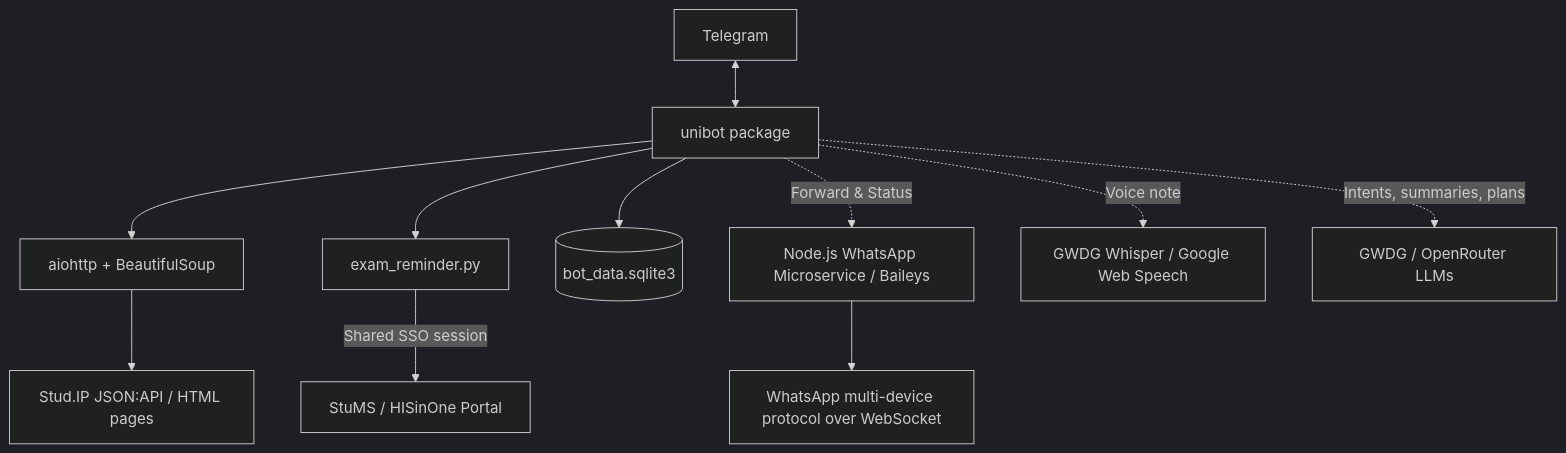
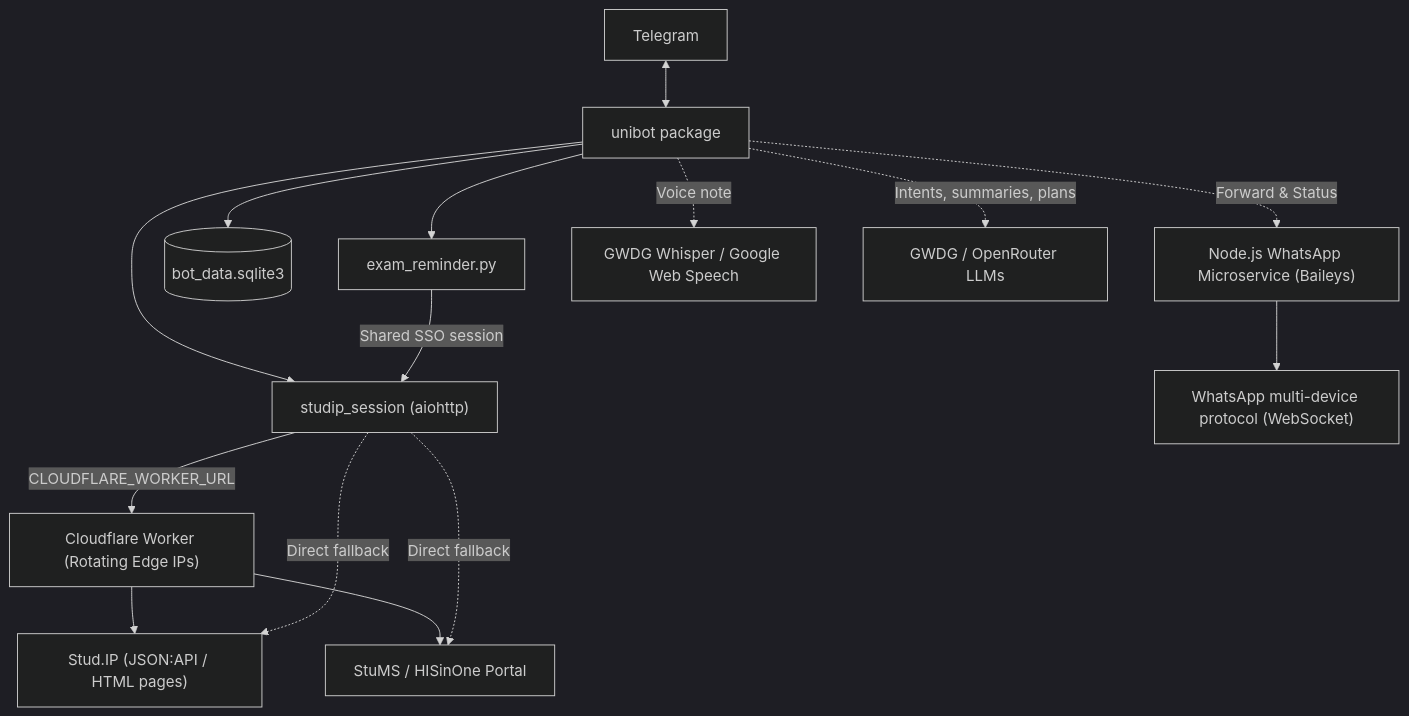
One commit to ofurkancoban/UniOldenburgStudyAssistantBot changed the diagram in README.md. Above: the diagram before and after it, drawn with Mermaid. The commit also changed other lines of this file, not shown here.

Commit message:
docs: update architecture diagram and Stud.IP section with Cloudflare Worker proxy

````diff
--- a/README.md
+++ b/README.md
@@ -256,14 +258,18 @@
 ```mermaid
 %%{init: {'theme': 'dark'}}%%
 graph TD
-    A[Telegram] <--> B[unibot package]
-    B --> C[aiohttp + BeautifulSoup]
-    C --> D[Stud.IP JSON:API / HTML pages]
-    B --> K[exam_reminder.py]
-    K -->|Shared SSO session| L[StuMS / HISinOne Portal]
-    B --> H[(bot_data.sqlite3)]
-    B -.->|Forward & Status| I[Node.js WhatsApp Microservice / Baileys]
-    I --> J[WhatsApp multi-device protocol over WebSocket]
-    B -.->|Voice note| M[GWDG Whisper / Google Web Speech]
-    B -.->|Intents, summaries, plans| N[GWDG / OpenRouter LLMs]
+    A["Telegram"] <--> B["unibot package"]
+    B --> C["studip_session (aiohttp)"]
+    B --> K["exam_reminder.py"]
+    K -->|Shared SSO session| C
+    C -->|CLOUDFLARE_WORKER_URL| W["Cloudflare Worker (Rotating Edge IPs)"]
+    W --> D["Stud.IP (JSON:API / HTML pages)"]
+    W --> L["StuMS / HISinOne Portal"]
+    C -.->|Direct fallback| D
+    C -.->|Direct fallback| L
+    B --> H[("bot_data.sqlite3")]
+    B -.->|Forward & Status| I["Node.js WhatsApp Microservice (Baileys)"]
+    I --> J["WhatsApp multi-device protocol (WebSocket)"]
+    B -.->|Voice note| M["GWDG Whisper / Google Web Speech"]
+    B -.->|Intents, summaries, plans| N["GWDG / OpenRouter LLMs"]
 ```
````
